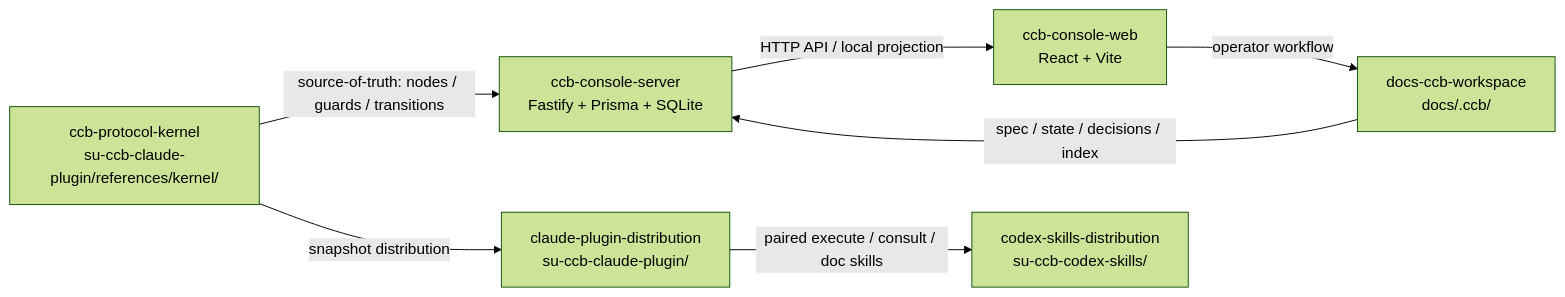
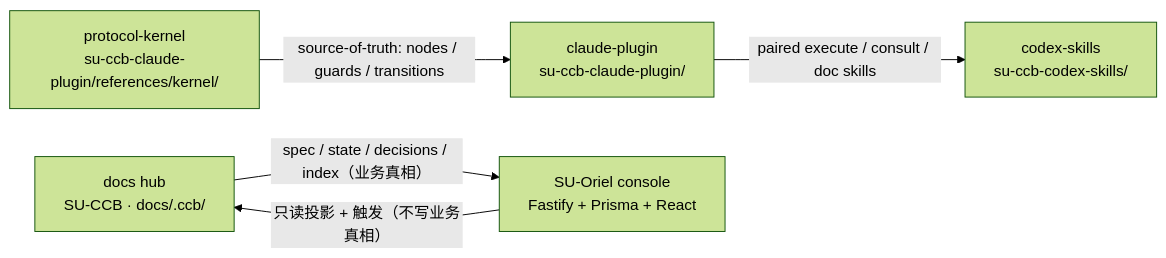
Before and after one commit to Im-Sue/SU-CCB: the diagram in README.md, drawn with Mermaid (forest theme). The commit also changed other lines of this file and 5 other files, not shown here.

First line of the commit message:
docs: rewrite README for multi-repo, fix CLAUDE kernel format, relocate share doc

````diff
--- a/README.md
+++ b/README.md
@@ -32,16 +38,13 @@
 ```mermaid
 flowchart LR
-  kernel["ccb-protocol-kernel<br/>su-ccb-claude-plugin/references/kernel/"]
-  server["ccb-console-server<br/>Fastify + Prisma + SQLite"]
-  web["ccb-console-web<br/>React + Vite"]
-  claude["claude-plugin-distribution<br/>su-ccb-claude-plugin/"]
-  codex["codex-skills-distribution<br/>su-ccb-codex-skills/"]
-  workspace["docs-ccb-workspace<br/>docs/.ccb/"]
+  kernel["protocol-kernel<br/>su-ccb-claude-plugin/references/kernel/"]
+  plugin["claude-plugin<br/>su-ccb-claude-plugin/"]
+  codex["codex-skills<br/>su-ccb-codex-skills/"]
+  hub["docs hub<br/>SU-CCB · docs/.ccb/"]
+  oriel["SU-Oriel console<br/>Fastify + Prisma + React"]
 
-  kernel -->|"source-of-truth: nodes / guards / transitions"| server
-  kernel -->|"snapshot distribution"| claude
-  claude -->|"paired execute / consult / doc skills"| codex
-  workspace -->|"spec / state / decisions / index"| server
-  server -->|"HTTP API / local projection"| web
-  web -->|"operator workflow"| workspace
+  kernel -->|"source-of-truth: nodes / guards / transitions"| plugin
+  plugin -->|"paired execute / consult / doc skills"| codex
+  hub -->|"spec / state / decisions / index（业务真相）"| oriel
+  oriel -->|"只读投影 + 触发（不写业务真相）"| hub
 ```
````
